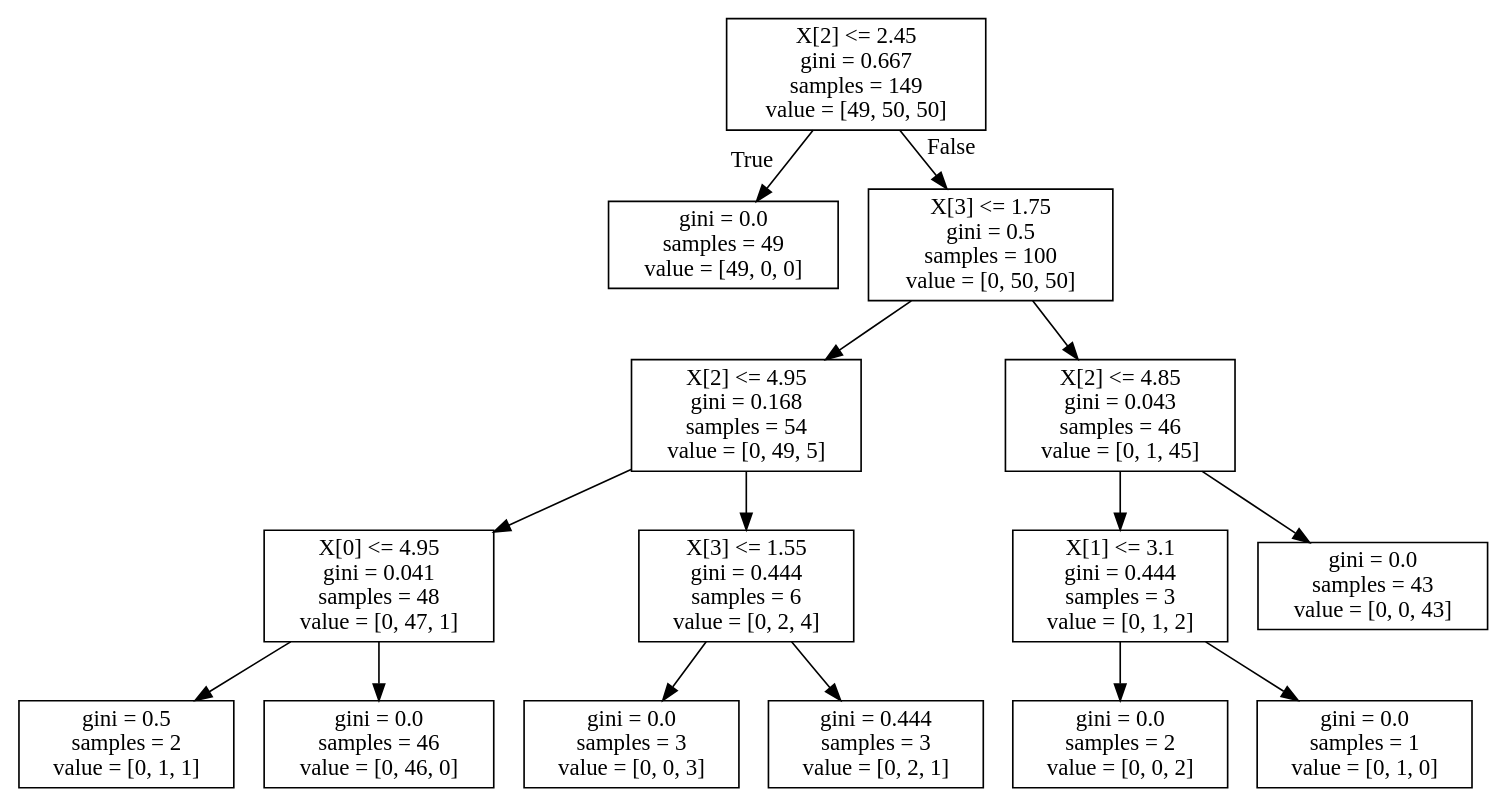
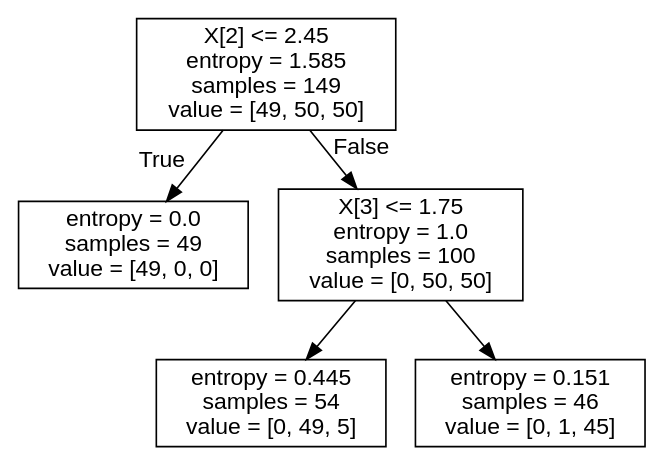
One commit to ValRCS/Python_Data_Analysis_Forecasting changed the diagram in notebooks/ml_intro/iris_dtc.dot. Above: the diagram before and after it, drawn with Graphviz. The commit also changed 2 other files, not shown here.

```diff
--- a/notebooks/ml_intro/iris_dtc.dot
+++ b/notebooks/ml_intro/iris_dtc.dot
@@ -1,32 +1,13 @@
 digraph Tree {
-node [shape=box] ;
-0 [label="X[2] <= 2.45\ngini = 0.667\nsamples = 149\nvalue = [49, 50, 50]"] ;
-1 [label="gini = 0.0\nsamples = 49\nvalue = [49, 0, 0]"] ;
+node [shape=box, fontname="helvetica"] ;
+edge [fontname="helvetica"] ;
+0 [label="X[2] <= 2.45\nentropy = 1.585\nsamples = 149\nvalue = [49, 50, 50]"] ;
+1 [label="entropy = 0.0\nsamples = 49\nvalue = [49, 0, 0]"] ;
 0 -> 1 [labeldistance=2.5, labelangle=45, headlabel="True"] ;
-2 [label="X[3] <= 1.75\ngini = 0.5\nsamples = 100\nvalue = [0, 50, 50]"] ;
+2 [label="X[3] <= 1.75\nentropy = 1.0\nsamples = 100\nvalue = [0, 50, 50]"] ;
 0 -> 2 [labeldistance=2.5, labelangle=-45, headlabel="False"] ;
-3 [label="X[2] <= 4.95\ngini = 0.168\nsamples = 54\nvalue = [0, 49, 5]"] ;
+3 [label="entropy = 0.445\nsamples = 54\nvalue = [0, 49, 5]"] ;
 2 -> 3 ;
-4 [label="X[0] <= 4.95\ngini = 0.041\nsamples = 48\nvalue = [0, 47, 1]"] ;
-3 -> 4 ;
-5 [label="gini = 0.5\nsamples = 2\nvalue = [0, 1, 1]"] ;
-4 -> 5 ;
-6 [label="gini = 0.0\nsamples = 46\nvalue = [0, 46, 0]"] ;
-4 -> 6 ;
-7 [label="X[3] <= 1.55\ngini = 0.444\nsamples = 6\nvalue = [0, 2, 4]"] ;
-3 -> 7 ;
-8 [label="gini = 0.0\nsamples = 3\nvalue = [0, 0, 3]"] ;
-7 -> 8 ;
-9 [label="gini = 0.444\nsamples = 3\nvalue = [0, 2, 1]"] ;
-7 -> 9 ;
-10 [label="X[2] <= 4.85\ngini = 0.043\nsamples = 46\nvalue = [0, 1, 45]"] ;
-2 -> 10 ;
-11 [label="X[1] <= 3.1\ngini = 0.444\nsamples = 3\nvalue = [0, 1, 2]"] ;
-10 -> 11 ;
-12 [label="gini = 0.0\nsamples = 2\nvalue = [0, 0, 2]"] ;
-11 -> 12 ;
-13 [label="gini = 0.0\nsamples = 1\nvalue = [0, 1, 0]"] ;
-11 -> 13 ;
-14 [label="gini = 0.0\nsamples = 43\nvalue = [0, 0, 43]"] ;
-10 -> 14 ;
+4 [label="entropy = 0.151\nsamples = 46\nvalue = [0, 1, 45]"] ;
+2 -> 4 ;
 }
```
